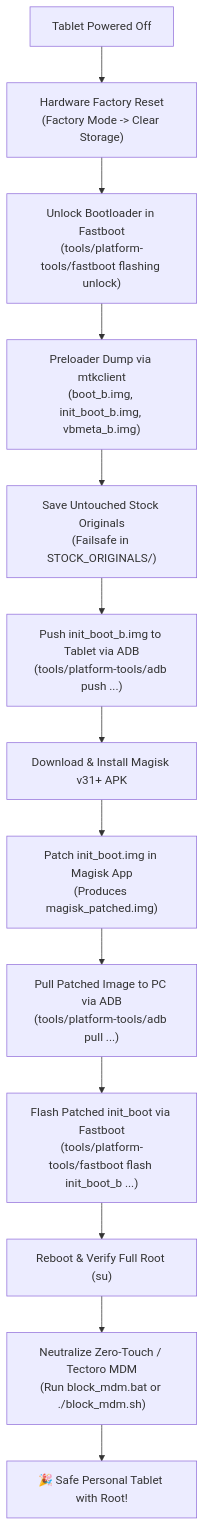
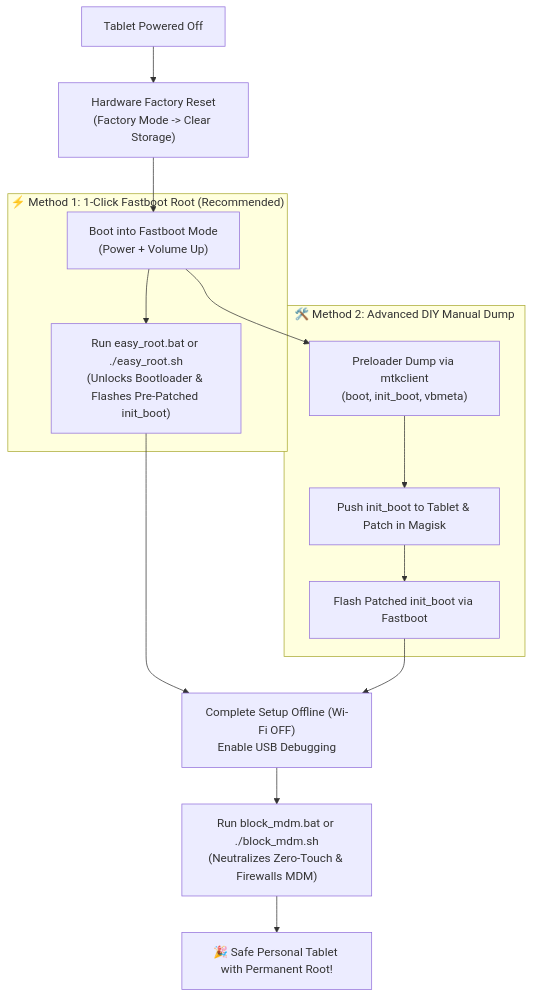
Before and after one commit to codeturbulent/Acerone8_: the diagram in README.md, drawn with Mermaid. The commit also changed other lines of this file and 6 other files, not shown here.

Commit message:
feat: add 1-click easy_root scripts, pre-patched init_boot image, and simplify README workflow

````diff
--- a/README.md
+++ b/README.md
@@ -41,15 +37,21 @@
 ```mermaid
 flowchart TD
     A["Tablet Powered Off"] --> B["Hardware Factory Reset<br/>(Factory Mode -> Clear Storage)"]
-    B --> C["Unlock Bootloader in Fastboot<br/>(tools/platform-tools/fastboot flashing unlock)"]
-    C --> D["Preloader Dump via mtkclient<br/>(boot_b.img, init_boot_b.img, vbmeta_b.img)"]
-    D --> E["Save Untouched Stock Originals<br/>(Failsafe in STOCK_ORIGINALS/)"]
-    E --> F["Push init_boot_b.img to Tablet via ADB<br/>(tools/platform-tools/adb push ...)"]
-    F --> G["Download & Install Magisk v31+ APK"]
-    G --> H["Patch init_boot.img in Magisk App<br/>(Produces magisk_patched.img)"]
-    H --> I["Pull Patched Image to PC via ADB<br/>(tools/platform-tools/adb pull ...)"]
-    I --> J["Flash Patched init_boot via Fastboot<br/>(tools/platform-tools/fastboot flash init_boot_b ...)"]
-    J --> K["Reboot & Verify Full Root (su)"]
-    K --> L["Neutralize Zero-Touch / Tectoro MDM<br/>(Run block_mdm.bat or ./block_mdm.sh)"]
-    L --> M["🎉 Safe Personal Tablet with Root!"]
+    B --> C["Boot into Fastboot Mode<br/>(Power + Volume Up)"]
+    
+    subgraph S1["⚡ Method 1: 1-Click Fastboot Root (Recommended)"]
+        C --> D1["Run easy_root.bat or ./easy_root.sh<br/>(Unlocks Bootloader & Flashes Pre-Patched init_boot)"]
+    end
+    
+    subgraph S2["🛠️ Method 2: Advanced DIY Manual Dump"]
+        C --> D2["Preloader Dump via mtkclient<br/>(boot, init_boot, vbmeta)"]
+        D2 --> E2["Push init_boot to Tablet & Patch in Magisk"]
+        E2 --> F2["Flash Patched init_boot via Fastboot"]
+    end
+    
+    D1 --> G["Complete Setup Offline (Wi-Fi OFF)<br/>Enable USB Debugging"]
+    F2 --> G
+    
+    G --> H["Run block_mdm.bat or ./block_mdm.sh<br/>(Neutralizes Zero-Touch & Firewalls MDM)"]
+    H --> I["🎉 Safe Personal Tablet with Permanent Root!"]
 ```
````
